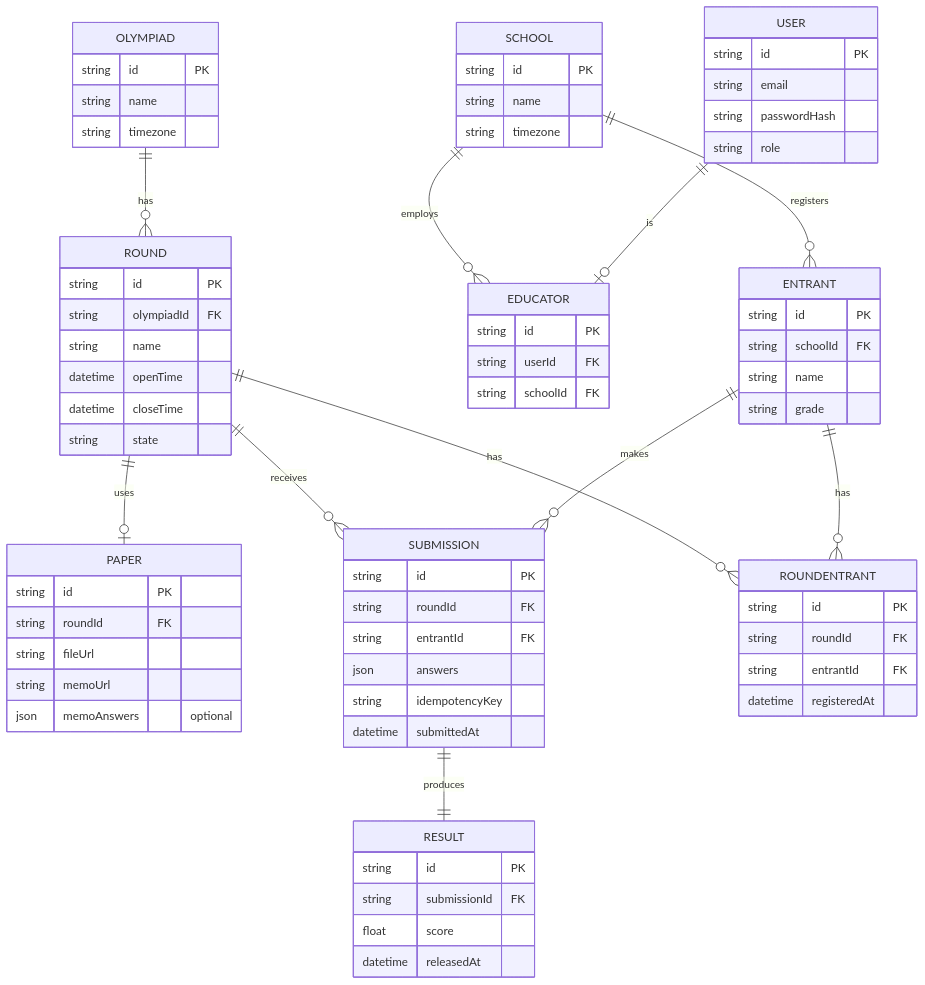
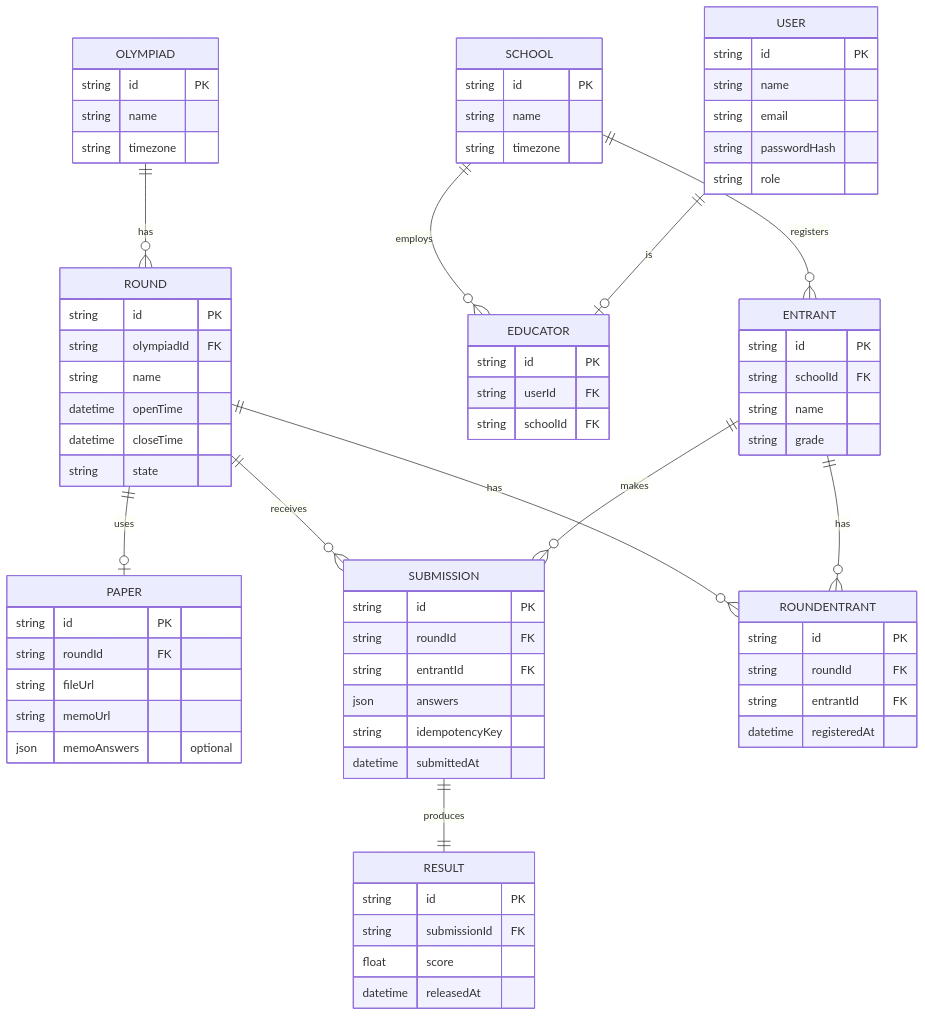
One commit to ZandileMkontwana/olympiad-portal changed the diagram in documents/docs/database-schema.md. Above: the diagram before and after it, drawn with Mermaid. The commit also changed other lines of this file and 2 other files, not shown here.

Commit message:
feat(backend): add name field to user model; docs: update schema

````diff
--- a/documents/docs/database-schema.md
+++ b/documents/docs/database-schema.md
@@ -9,76 +9,77 @@
 ```mermaid
 erDiagram
   OLYMPIAD ||--o{ ROUND : has
   ROUND ||--o| PAPER : uses
   ROUND ||--o{ SUBMISSION : receives
   ROUND ||--o{ ROUNDENTRANT : has
   SCHOOL ||--o{ EDUCATOR : employs
   SCHOOL ||--o{ ENTRANT : registers
   USER ||--o| EDUCATOR : is
   ENTRANT ||--o{ SUBMISSION : makes
   ENTRANT ||--o{ ROUNDENTRANT : has
   SUBMISSION ||--|| RESULT : produces
 
   OLYMPIAD {
     string id PK
     string name
     string timezone
   }
   ROUND {
     string id PK
     string olympiadId FK
     string name
     datetime openTime
     datetime closeTime
     string state
   }
   SCHOOL {
     string id PK
     string name
     string timezone
   }
   USER {
     string id PK
+    string name
     string email
     string passwordHash
     string role
   }
   EDUCATOR {
     string id PK
     string userId FK
     string schoolId FK
   }
   ENTRANT {
     string id PK
     string schoolId FK
     string name
     string grade
   }
   PAPER {
     string id PK
     string roundId FK
     string fileUrl
     string memoUrl
     json memoAnswers "optional"
   }
   SUBMISSION {
     string id PK
     string roundId FK
     string entrantId FK
     json answers
     string idempotencyKey
     datetime submittedAt
   }
   RESULT {
     string id PK
     string submissionId FK
     float score
     datetime releasedAt
   }
   ROUNDENTRANT {
     string id PK
     string roundId FK
     string entrantId FK
     datetime registeredAt
   }
 ```
````
